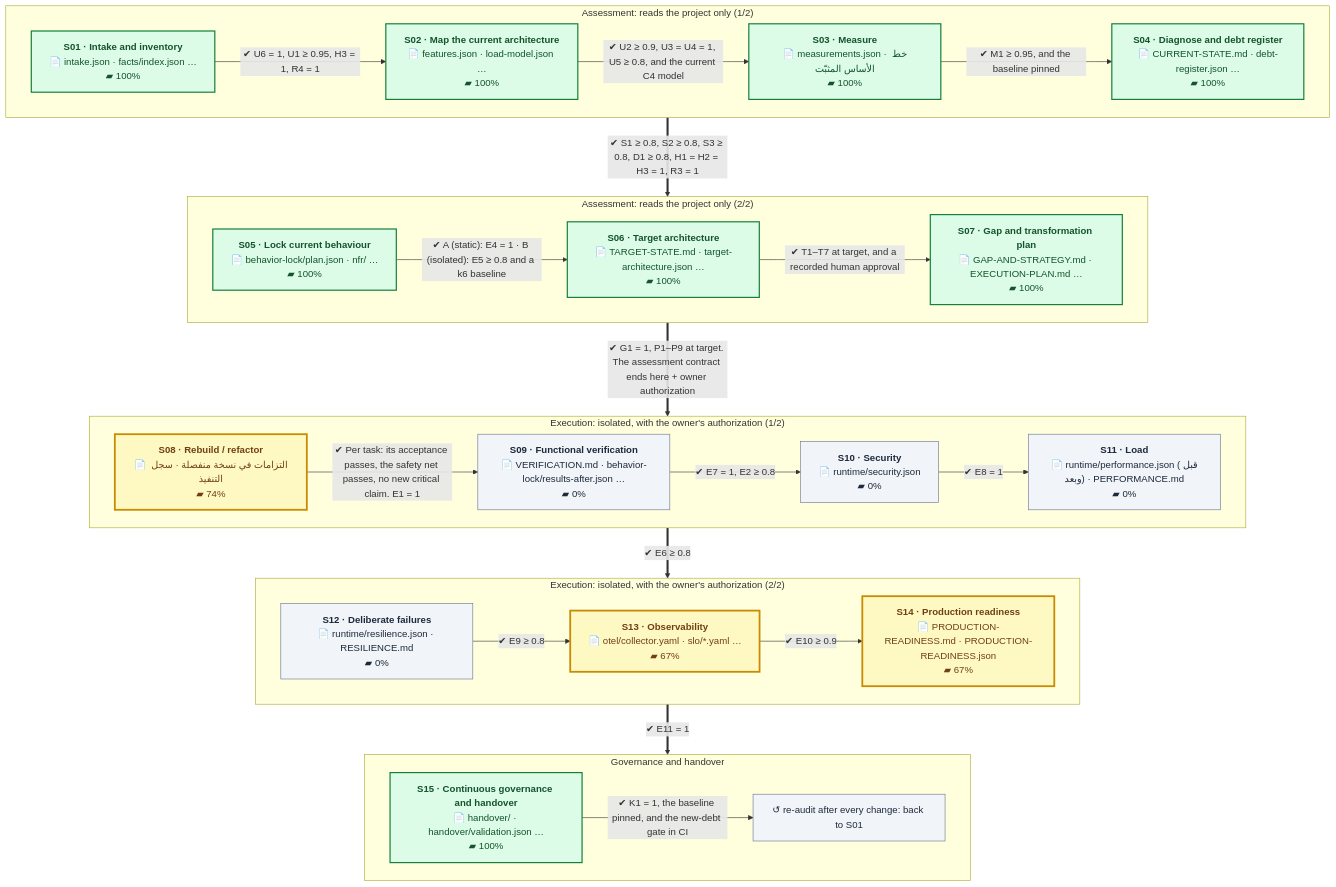
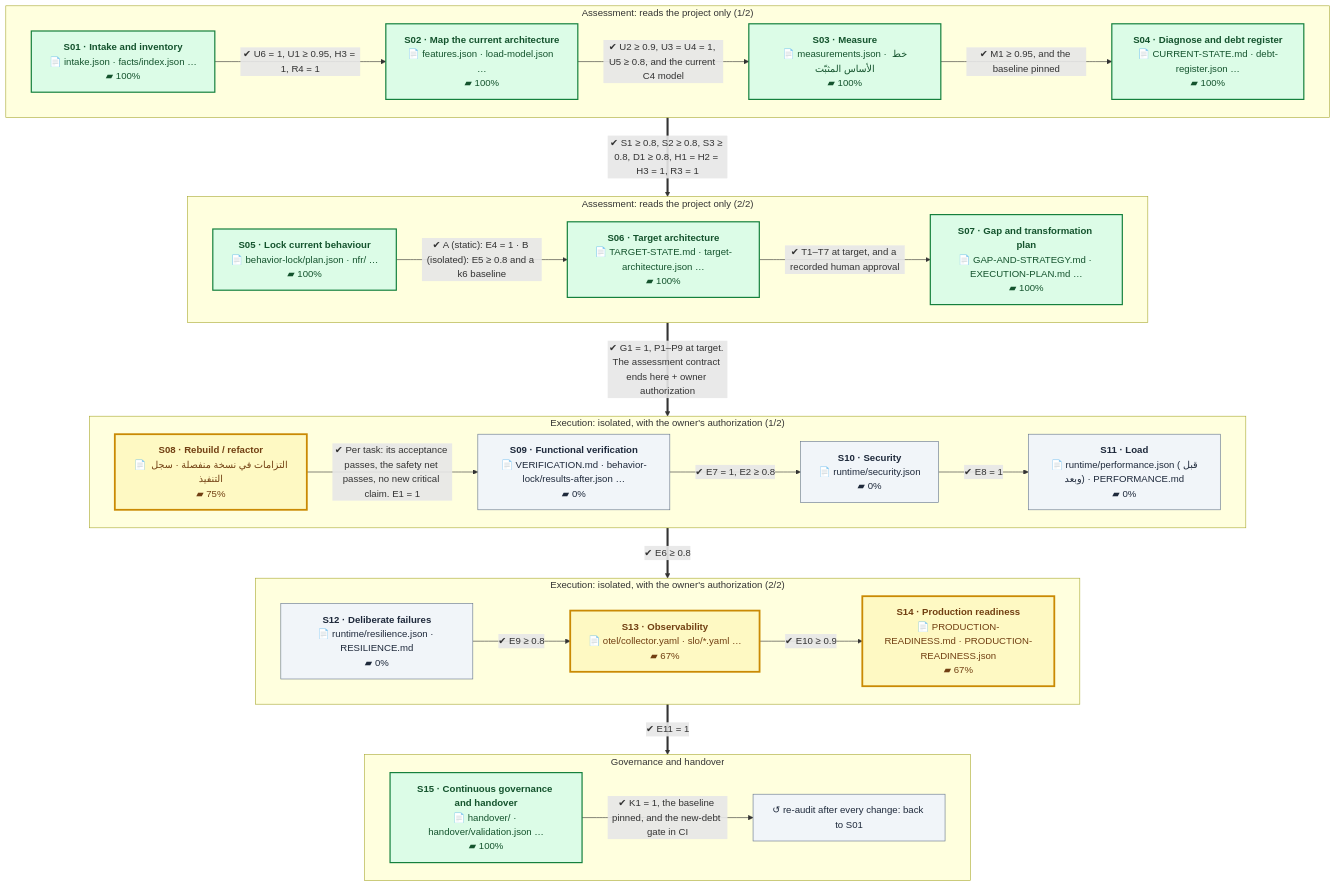
The first of 2 diagrams in README.en.md (eom1417/engineering-audit-os), drawn with Mermaid before and after one commit. The commit also changed other lines of this file and 4 other files, not shown here.

````diff
--- a/README.en.md
+++ b/README.en.md
@@ -52,54 +52,54 @@
 ```mermaid
 %%{init: {'flowchart': {'wrappingWidth': 260, 'nodeSpacing': 40, 'rankSpacing': 60}}}%%
 flowchart TB
     subgraph P1["Assessment: reads the project only (1/2)"]
         direction LR
         S01["<b>S01 · Intake and inventory</b><br/>📄 intake.json · facts/index.json …<br/>▰ 100%"]:::done
         S02["<b>S02 · Map the current architecture</b><br/>📄 features.json · load-model.json …<br/>▰ 100%"]:::done
         S03["<b>S03 · Measure</b><br/>📄 measurements.json · خط الأساس المثبّت<br/>▰ 100%"]:::done
         S04["<b>S04 · Diagnose and debt register</b><br/>📄 CURRENT-STATE.md · debt-register.json …<br/>▰ 100%"]:::done
         S01 -->|"✔ U6 = 1, U1 ≥ 0.95, H3 = 1, R4 = 1"| S02
         S02 -->|"✔ U2 ≥ 0.9, U3 = U4 = 1, U5 ≥ 0.8, and the current C4 model"| S03
         S03 -->|"✔ M1 ≥ 0.95, and the baseline pinned"| S04
     end
     subgraph P2["Assessment: reads the project only (2/2)"]
         direction LR
         S05["<b>S05 · Lock current behaviour</b><br/>📄 behavior-lock/plan.json · nfr/ …<br/>▰ 100%"]:::done
         S06["<b>S06 · Target architecture</b><br/>📄 TARGET-STATE.md · target-architecture.json …<br/>▰ 100%"]:::done
         S07["<b>S07 · Gap and transformation plan</b><br/>📄 GAP-AND-STRATEGY.md · EXECUTION-PLAN.md …<br/>▰ 100%"]:::done
         S05 -->|"✔ A (static): E4 = 1 · B (isolated): E5 ≥ 0.8 and a k6 baseline"| S06
         S06 -->|"✔ T1–T7 at target, and a recorded human approval"| S07
     end
     subgraph P3["Execution: isolated, with the owner's authorization (1/2)"]
         direction LR
-        S08["<b>S08 · Rebuild / refactor</b><br/>📄 التزامات في نسخة منفصلة · سجل التنفيذ<br/>▰ 74%"]:::current
+        S08["<b>S08 · Rebuild / refactor</b><br/>📄 التزامات في نسخة منفصلة · سجل التنفيذ<br/>▰ 75%"]:::current
         S09["<b>S09 · Functional verification</b><br/>📄 VERIFICATION.md · behavior-lock/results-after.json …<br/>▰ 0%"]:::next
         S10["<b>S10 · Security</b><br/>📄 runtime/security.json<br/>▰ 0%"]:::next
         S11["<b>S11 · Load</b><br/>📄 runtime/performance.json (قبل وبعد) · PERFORMANCE.md<br/>▰ 0%"]:::next
         S08 -->|"✔ Per task: its acceptance passes, the safety net passes, no new critical claim. E1 = 1"| S09
         S09 -->|"✔ E7 = 1, E2 ≥ 0.8"| S10
         S10 -->|"✔ E8 = 1"| S11
     end
     subgraph P4["Execution: isolated, with the owner's authorization (2/2)"]
         direction LR
         S12["<b>S12 · Deliberate failures</b><br/>📄 runtime/resilience.json · RESILIENCE.md<br/>▰ 0%"]:::next
         S13["<b>S13 · Observability</b><br/>📄 otel/collector.yaml · slo/*.yaml …<br/>▰ 67%"]:::current
         S14["<b>S14 · Production readiness</b><br/>📄 PRODUCTION-READINESS.md · PRODUCTION-READINESS.json<br/>▰ 67%"]:::current
         S12 -->|"✔ E9 ≥ 0.8"| S13
         S13 -->|"✔ E10 ≥ 0.9"| S14
     end
     subgraph P5["Governance and handover"]
         direction LR
         S15["<b>S15 · Continuous governance and handover</b><br/>📄 handover/ · handover/validation.json …<br/>▰ 100%"]:::done
         LOOP["↺ re-audit after every change: back to S01"]:::next
         S15 -->|"✔ K1 = 1, the baseline pinned, and the new-debt gate in CI"| LOOP
     end
     P1 ==>|"✔ S1 ≥ 0.8, S2 ≥ 0.8, S3 ≥ 0.8, D1 ≥ 0.8, H1 = H2 = H3 = 1, R3 = 1"| P2
     P2 ==>|"✔ G1 = 1, P1–P9 at target. The assessment contract ends here + owner authorization"| P3
     P3 ==>|"✔ E6 ≥ 0.8"| P4
     P4 ==>|"✔ E11 = 1"| P5
     classDef done fill:#dcfce7,stroke:#15803d,color:#14532d,stroke-width:2px
     classDef current fill:#fef9c3,stroke:#ca8a04,color:#713f12,stroke-width:3px
     classDef next fill:#f1f5f9,stroke:#64748b,color:#1e293b
     classDef owner fill:#fee2e2,stroke:#b91c1c,color:#7f1d1d,stroke-dasharray:5 3
 ```
````
